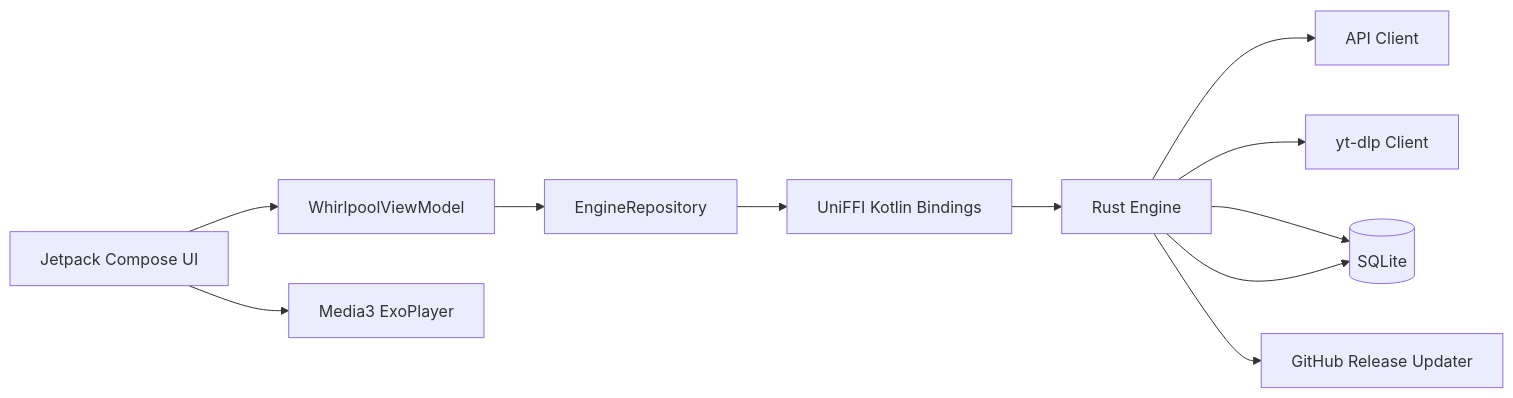
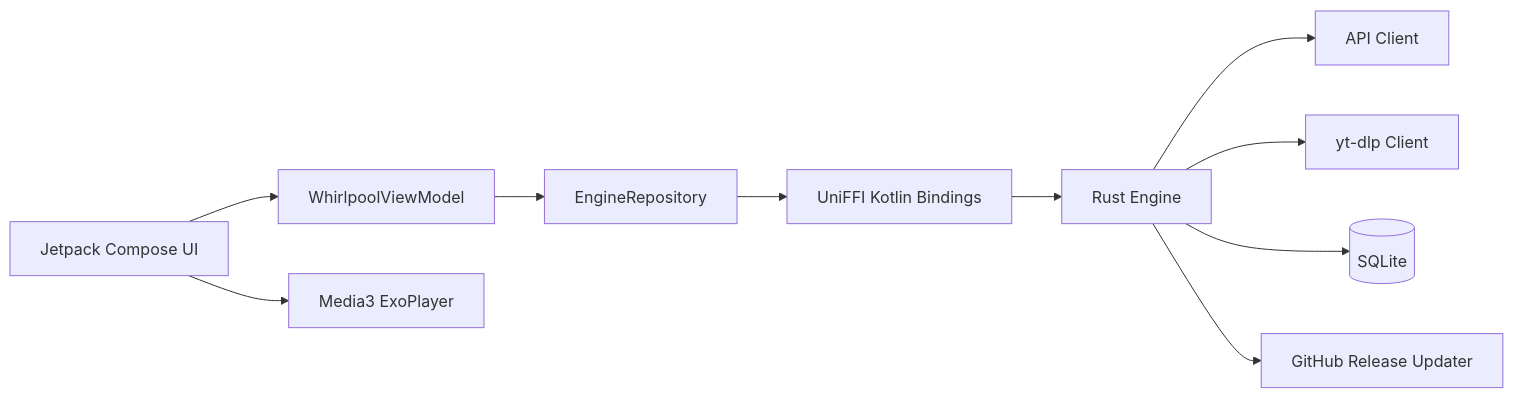
The diagram in README.md (SpaceMoehre/whirlpool), drawn with Mermaid before and after one commit.

Commit message:
github flowchart fix

````diff
--- a/README.md
+++ b/README.md
@@ -91,15 +91,14 @@
 ```mermaid
 flowchart LR
-  UI[Jetpack Compose UI] --> VM[WhirlpoolViewModel]
-  VM --> Repo[EngineRepository]
-  Repo --> UniFFI[UniFFI Kotlin Bindings]
-  UniFFI --> Engine[Rust Engine]
+  ui["Jetpack Compose UI"] --> vm["WhirlpoolViewModel"]
+  vm --> repo["EngineRepository"]
+  repo --> uniffi["UniFFI Kotlin Bindings"]
+  uniffi --> engine["Rust Engine"]
 
-  Engine --> API[API Client]
-  Engine --> YTDLP[yt-dlp Client]
-  Engine --> DB[(SQLite)]
-  Engine --> Updater[GitHub Release Updater]
+  engine --> api["API Client"]
+  engine --> ytdlp["yt-dlp Client"]
+  engine --> db[("SQLite")]
+  engine --> updater["GitHub Release Updater"]
 
-  UI --> Player[Media3 ExoPlayer]
-  Engine --> DB
+  ui --> player["Media3 ExoPlayer"]
 ```
````
